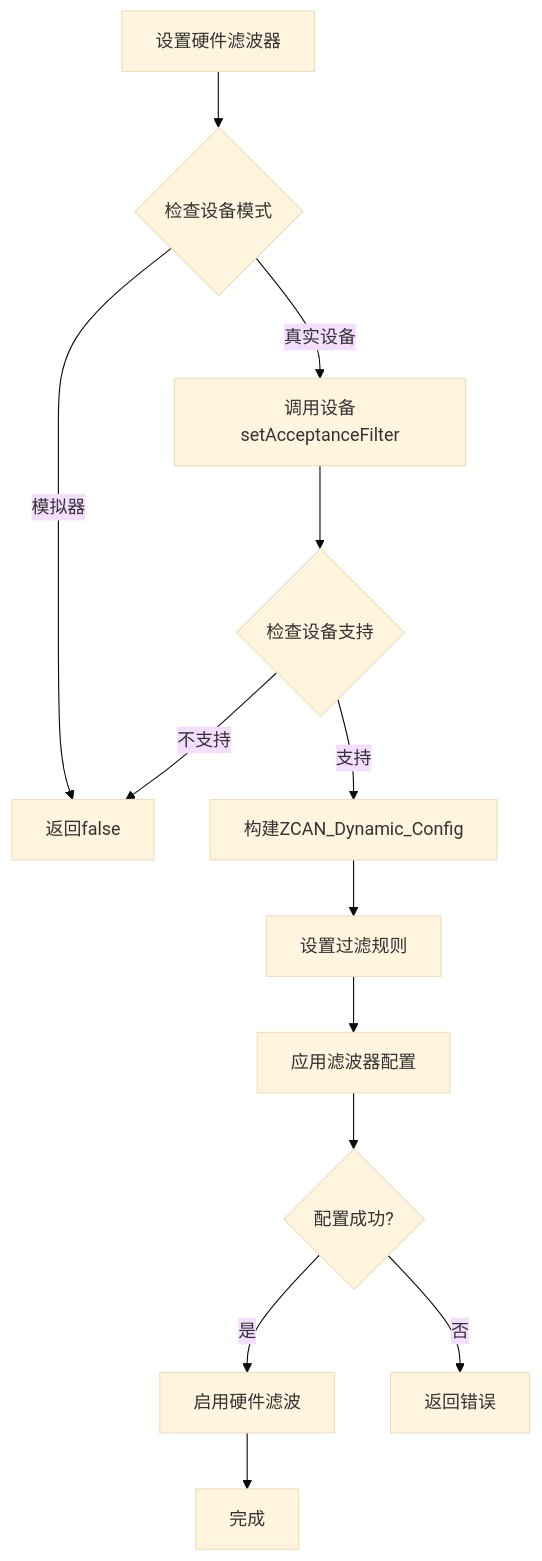
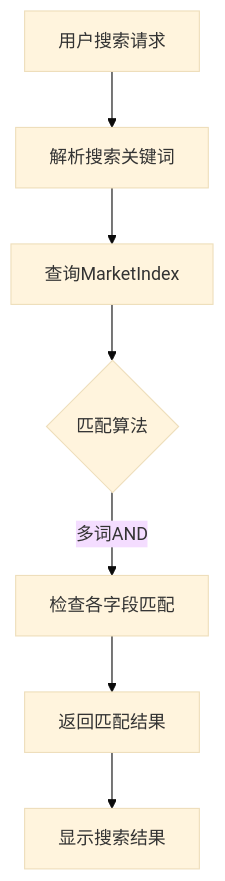
One commit to jakecai1225-design/OpenBus changed the fourth of 7 diagrams in .qoder/repowiki/zh/content/核心模块详解/CAN设备管理系统.md. Above: the diagram before and after it, drawn with Mermaid (base theme). The commit also changed other lines of this file and 40 other files, not shown here.

````diff
--- a/.qoder/repowiki/zh/content/核心模块详解/CAN设备管理系统.md
+++ b/.qoder/repowiki/zh/content/核心模块详解/CAN设备管理系统.md
@@ -466,15 +302,9 @@
 ```mermaid
 flowchart TD
-SetFilter["设置硬件滤波器"] --> CheckMode{"检查设备模式"}
-CheckMode --> |模拟器| ReturnFalse["返回false"]
-CheckMode --> |真实设备| CallDevice["调用设备setAcceptanceFilter"]
-CallDevice --> CheckSupport{"检查设备支持"}
-CheckSupport --> |不支持| ReturnFalse
-CheckSupport --> |支持| BuildConfig["构建ZCAN_Dynamic_Config"]
-BuildConfig --> SetRule["设置过滤规则"]
-SetRule --> ApplyFilter["应用滤波器配置"]
-ApplyFilter --> Success{"配置成功?"}
-Success --> |是| Enable["启用硬件滤波"]
-Success --> |否| Error["返回错误"]
-Enable --> Done["完成"]
+Search["用户搜索请求"] --> Parse["解析搜索关键词"]
+Parse --> Query["查询MarketIndex"]
+Query --> Match{"匹配算法"}
+Match --> |多词AND| CheckFields["检查各字段匹配"]
+CheckFields --> Result["返回匹配结果"]
+Result --> Display["显示搜索结果"]
 ```
````
